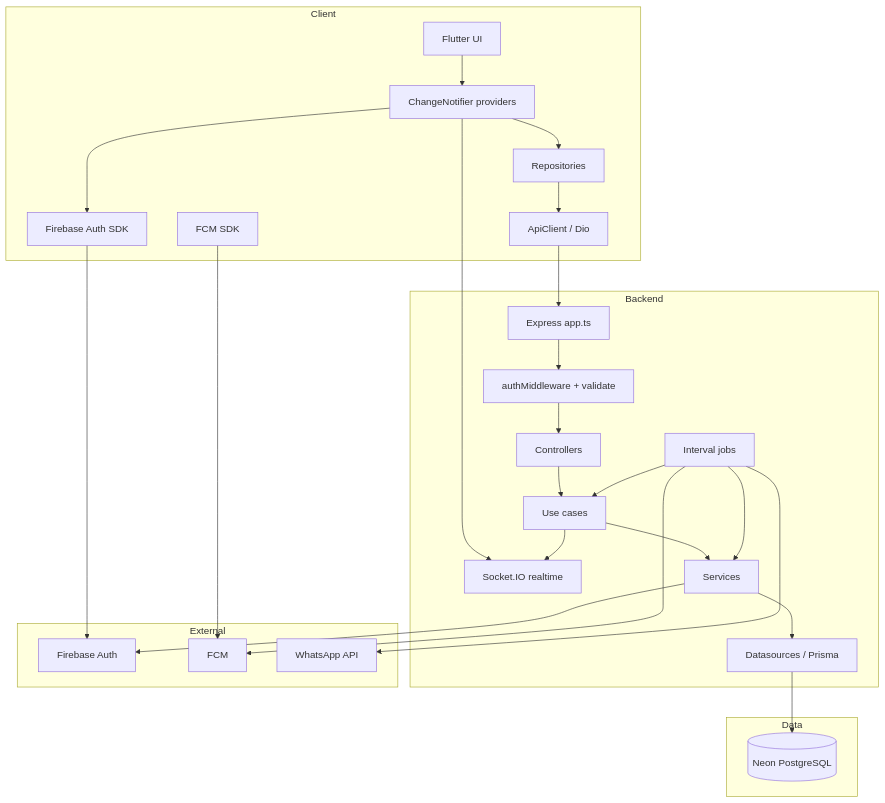
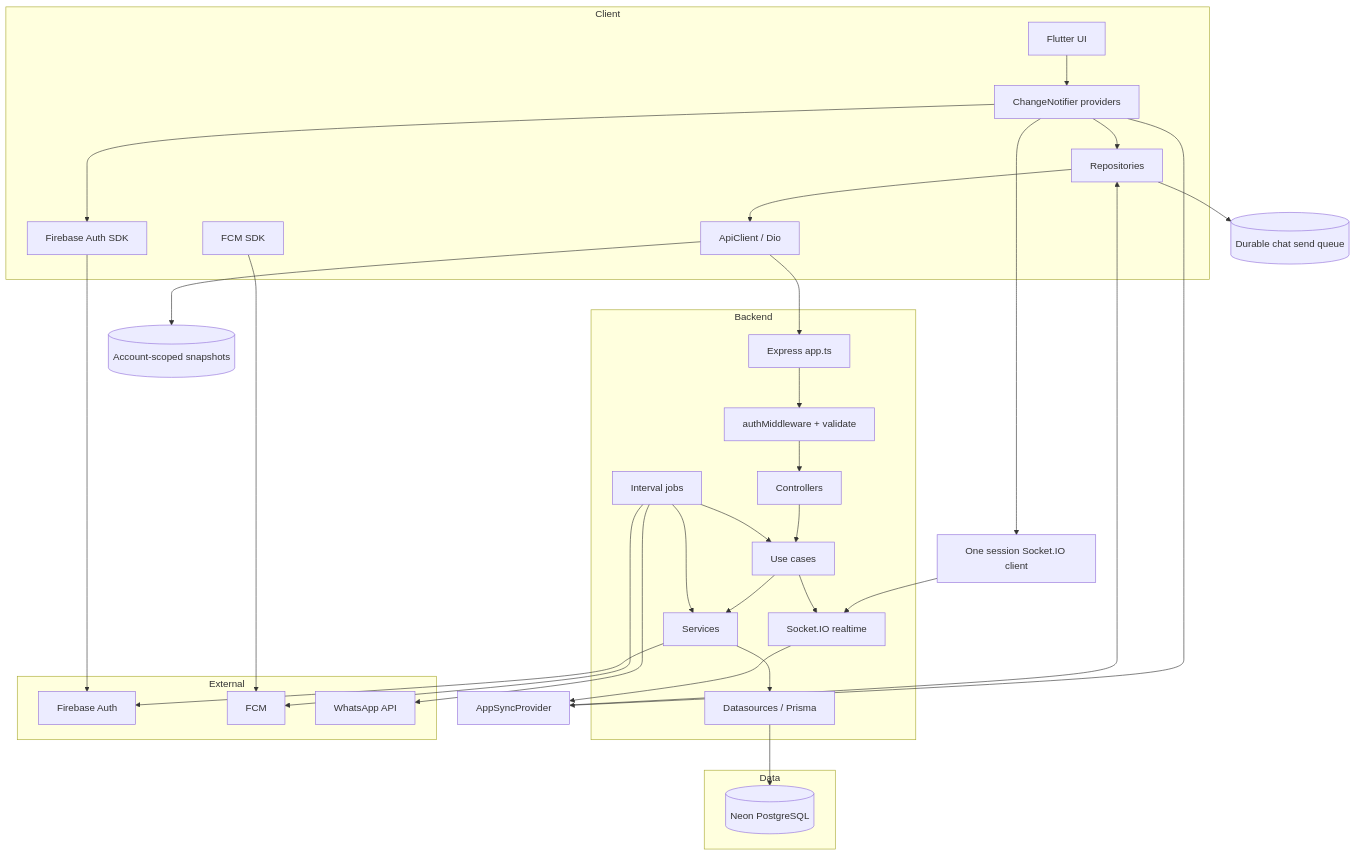
One commit to MohamedMSalah/yalla5roga changed the first of 4 diagrams in docs/SYSTEM_ARCHITECTURE.md. Above: the diagram before and after it, drawn with Mermaid. The commit also changed other lines of this file and 349 other files, not shown here.

````diff
--- a/docs/SYSTEM_ARCHITECTURE.md
+++ b/docs/SYSTEM_ARCHITECTURE.md
@@ -25,45 +25,51 @@
 ```mermaid
 flowchart TB
   subgraph Client
     UI[Flutter UI]
     Providers[ChangeNotifier providers]
     Repos[Repositories]
     Dio[ApiClient / Dio]
     FA[Firebase Auth SDK]
     FM[FCM SDK]
   end
 
   subgraph Backend
     Express[Express app.ts]
     IO[Socket.IO realtime]
     MW[authMiddleware + validate]
     Ctrl[Controllers]
     UC[Use cases]
     Svc[Services]
     DS[Datasources / Prisma]
     Jobs[Interval jobs]
   end
 
   subgraph Data
     Neon[(Neon PostgreSQL)]
   end
 
   subgraph External
     FAuth[Firebase Auth]
     FCM[FCM]
     WA[WhatsApp API]
   end
 
   UI --> Providers --> Repos --> Dio --> Express
-  Providers --> IO
+  Providers --> Transport[One session Socket.IO client]
+  Transport --> IO
+  Providers --> Sync[AppSyncProvider]
+  Sync --> Repos
+  Dio --> Cache[(Account-scoped snapshots)]
+  Repos --> Queue[(Durable chat send queue)]
+  IO --> Sync
   FA --> FAuth
   Providers --> FA
   FM --> FCM
   Express --> MW --> Ctrl --> UC --> Svc --> DS --> Neon
   UC --> IO
   Jobs --> UC
   Jobs --> Svc
   Svc --> FAuth
   Jobs --> FCM
   Jobs --> WA
 ```
````
